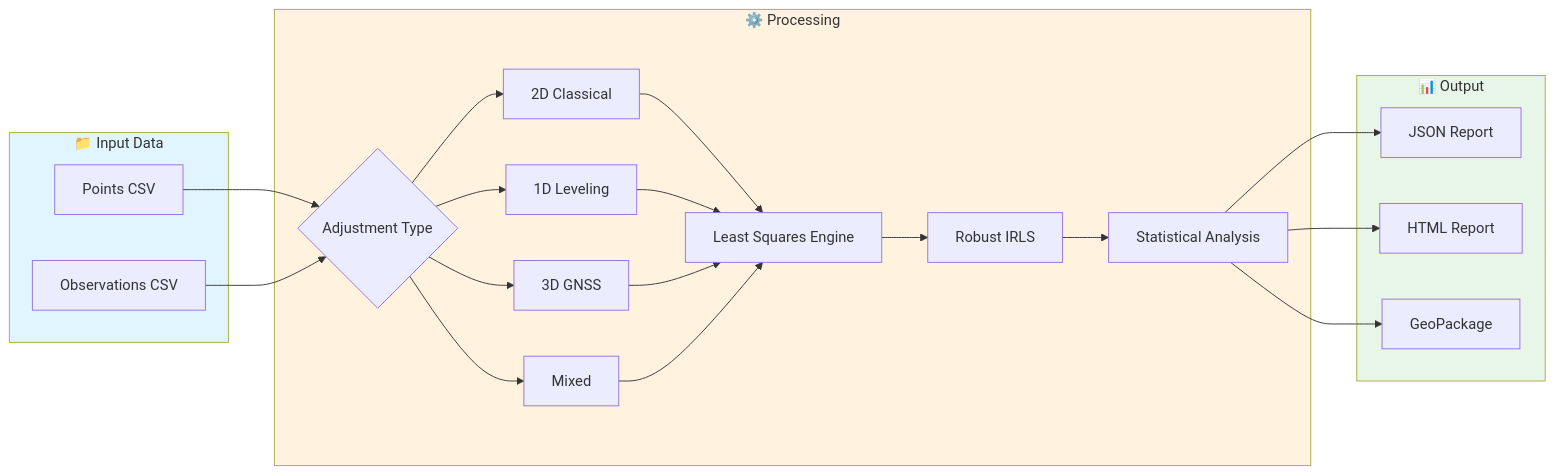
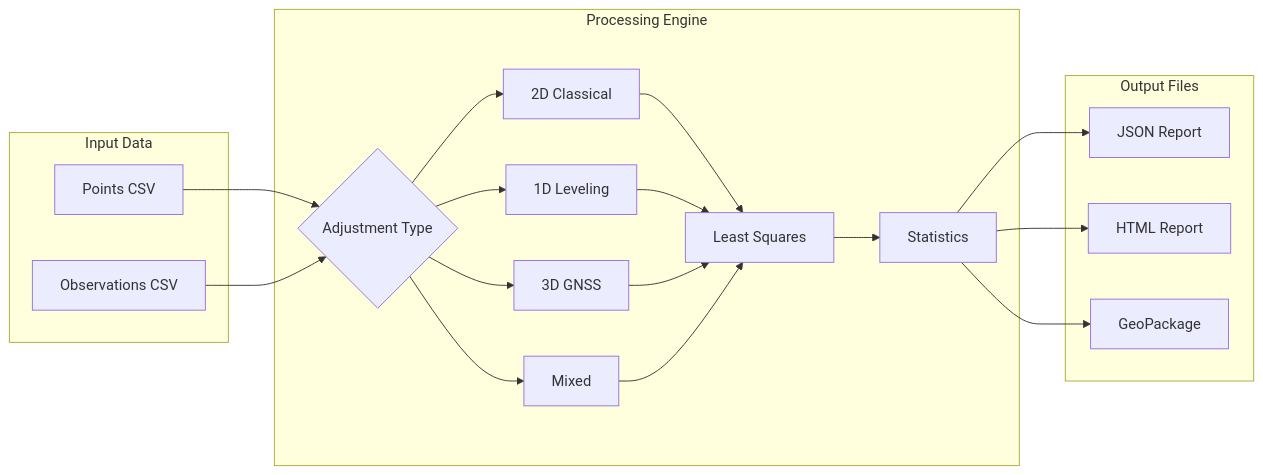
Before and after one commit to Osman-Geomatics93/survey_adjustment: the diagram in README.md, drawn with Mermaid. The commit also changed other lines of this file, not shown here.

Commit message:
fix: simplify Mermaid diagrams for GitHub compatibility
- Remove emojis from subgraph labels (caused rendering issues)
- Simplify flowchart connections (avoid & operator)
- Remove style commands that may not render
- Replace timeline diagram with ASCII art (timeline not supported)

````diff
--- a/README.md
+++ b/README.md
@@ -41,32 +41,32 @@
 ```mermaid
 flowchart LR
-    subgraph Input["📁 Input Data"]
+    subgraph Input[Input Data]
         A[Points CSV]
         B[Observations CSV]
     end
 
-    subgraph Processing["⚙️ Processing"]
+    subgraph Processing[Processing Engine]
         C{Adjustment Type}
         C --> D[2D Classical]
         C --> E[1D Leveling]
         C --> F[3D GNSS]
         C --> G[Mixed]
-
-        D & E & F & G --> H[Least Squares Engine]
-        H --> I[Robust IRLS]
-        I --> J[Statistical Analysis]
+        D --> H[Least Squares]
+        E --> H
+        F --> H
+        G --> H
+        H --> I[Statistics]
     end
 
-    subgraph Output["📊 Output"]
-        K[JSON Report]
-        L[HTML Report]
-        M[GeoPackage]
+    subgraph Output[Output Files]
+        J[JSON Report]
+        K[HTML Report]
+        L[GeoPackage]
     end
 
-    A & B --> C
-    J --> K & L & M
-
-    style Input fill:#e1f5fe
-    style Processing fill:#fff3e0
-    style Output fill:#e8f5e9
+    A --> C
+    B --> C
+    I --> J
+    I --> K
+    I --> L
 ```
````
